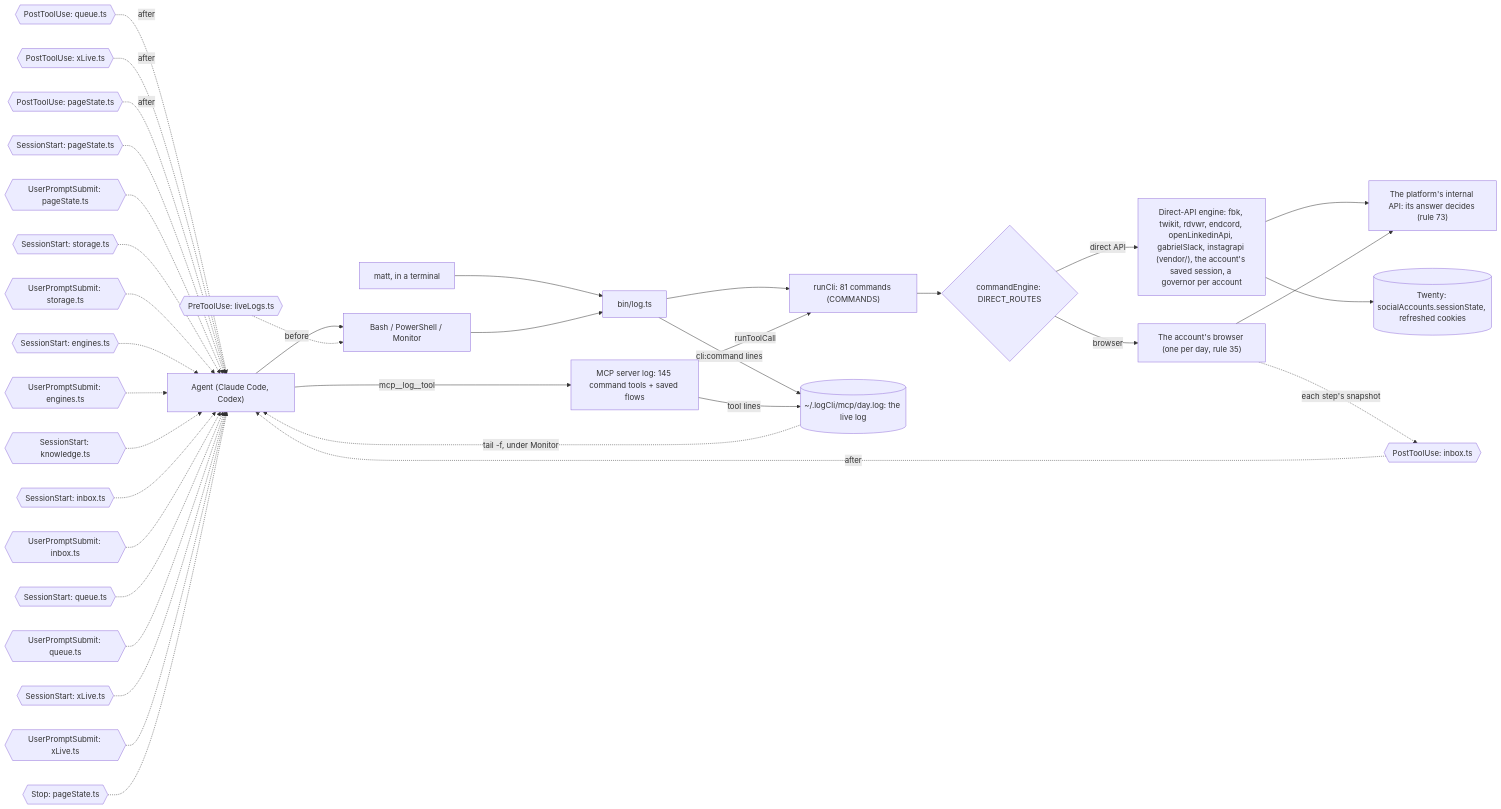
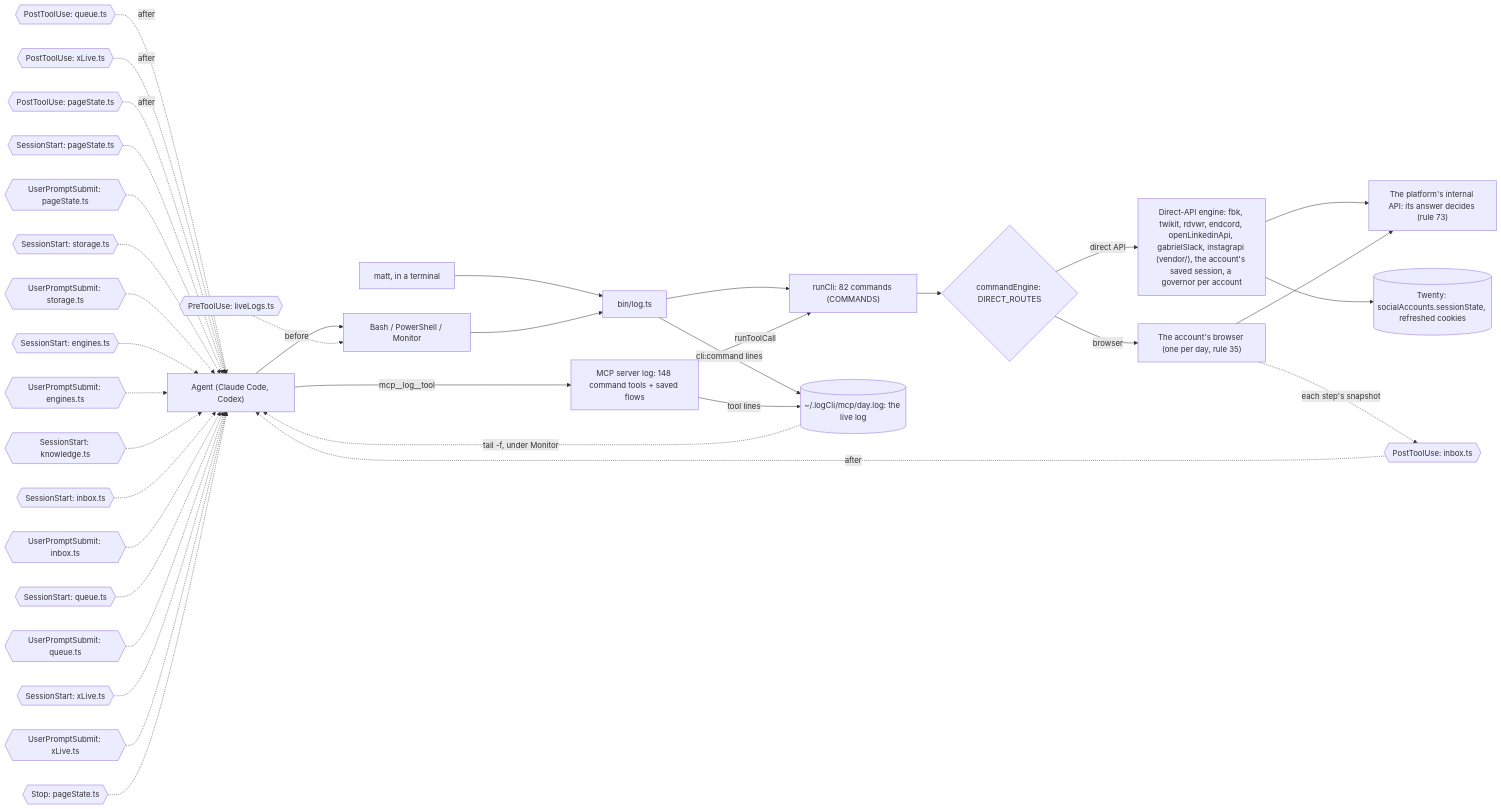
Before and after one commit to matthewdonsemail-lab/log: the diagram in docs/diagrams/surface.mmd, drawn with Mermaid. The commit also changed 41 other files, not shown here.

```diff
--- a/docs/diagrams/surface.mmd
+++ b/docs/diagrams/surface.mmd
@@ -1,50 +1,50 @@
 %% How a call reaches log-cli. From a shell or over MCP, both run the same commands through `runCli`, write the same live log, and pass through the same hooks. `commandEngine` sends each command to the platform's direct API or to the account's browser.
 %% Written by `bun run docs:build` from the code (rule 56). Not edited by hand.
 flowchart LR
   agent["Agent (Claude Code, Codex)"]
   matt["matt, in a terminal"]
   shell["Bash / PowerShell / Monitor"]
-  mcp["MCP server log: 145 command tools + saved flows"]
+  mcp["MCP server log: 148 command tools + saved flows"]
   bin["bin/log.ts"]
-  runCli["runCli: 81 commands (COMMANDS)"]
+  runCli["runCli: 82 commands (COMMANDS)"]
   live[("~/.logCli/mcp/day.log: the live log")]
   engine{"commandEngine: DIRECT_ROUTES"}
   direct["Direct-API engine: fbk, twikit, rdvwr, endcord, openLinkedinApi, gabrielSlack, instagrapi (vendor/), the account's saved session, a governor per account"]
   browser["The account's browser (one per day, rule 35)"]
   api["The platform's internal API: its answer decides (rule 73)"]
   twenty[("Twenty: socialAccounts.sessionState, refreshed cookies")]
   agent --> shell
   matt --> bin
   shell --> bin
   agent -->|mcp__log__tool| mcp
   bin --> runCli
   mcp -->|runToolCall| runCli
   runCli --> engine
   engine -->|direct API| direct
   engine -->|browser| browser
   direct --> api
   browser --> api
   direct --> twenty
   bin -->|cli:command lines| live
   mcp -->|tool lines| live
   live -.->|tail -f, under Monitor| agent
   pre0{{"PreToolUse: liveLogs.ts"}} -.->|before| shell
   post0{{"PostToolUse: inbox.ts"}} -.->|after| agent
   post1{{"PostToolUse: queue.ts"}} -.->|after| agent
   post2{{"PostToolUse: xLive.ts"}} -.->|after| agent
   post3{{"PostToolUse: pageState.ts"}} -.->|after| agent
   turn0{{"SessionStart: pageState.ts"}} -.-> agent
   turn1{{"UserPromptSubmit: pageState.ts"}} -.-> agent
   turn2{{"SessionStart: storage.ts"}} -.-> agent
   turn3{{"UserPromptSubmit: storage.ts"}} -.-> agent
   turn4{{"SessionStart: engines.ts"}} -.-> agent
   turn5{{"UserPromptSubmit: engines.ts"}} -.-> agent
   turn6{{"SessionStart: knowledge.ts"}} -.-> agent
   turn7{{"SessionStart: inbox.ts"}} -.-> agent
   turn8{{"UserPromptSubmit: inbox.ts"}} -.-> agent
   turn9{{"SessionStart: queue.ts"}} -.-> agent
   turn10{{"UserPromptSubmit: queue.ts"}} -.-> agent
   turn11{{"SessionStart: xLive.ts"}} -.-> agent
   turn12{{"UserPromptSubmit: xLive.ts"}} -.-> agent
   turn13{{"Stop: pageState.ts"}} -.-> agent
   browser -.->|each step's snapshot| post0
```
